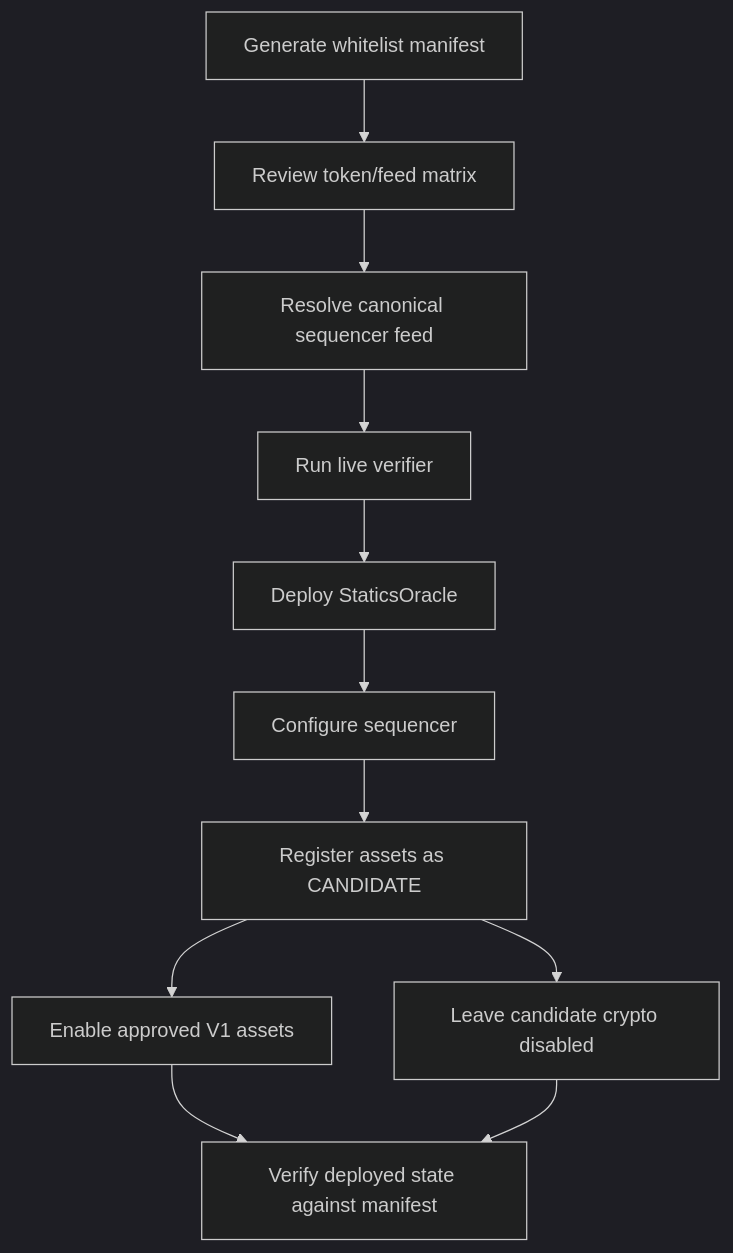
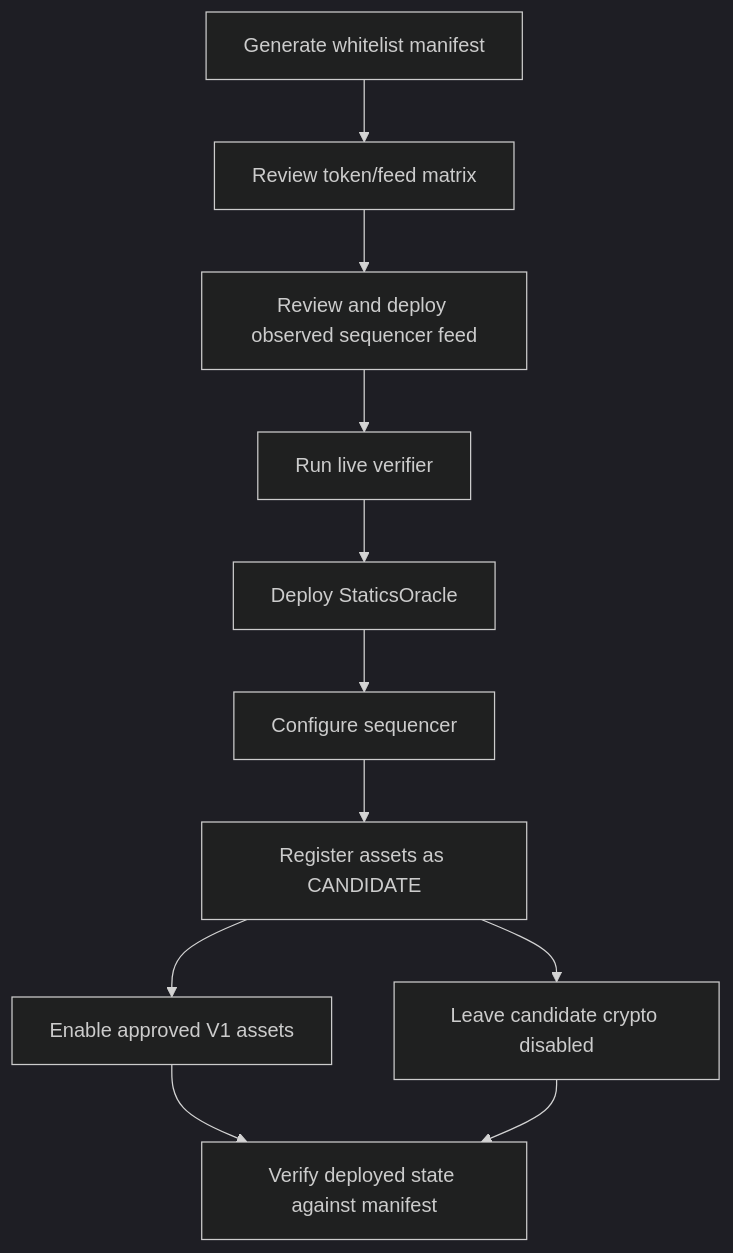
The fourth of 4 diagrams in specs/design.md (EqualFiLabs/statics-oracle), drawn with Mermaid (dark theme) before and after one commit. The commit also changed other lines of this file and 21 other files, not shown here.

Commit message:
feat: add multi-node sequencer signal services

````diff
--- a/specs/design.md
+++ b/specs/design.md
@@ -1242,24 +1251,24 @@
 ```mermaid
 flowchart TD
     A[Generate whitelist manifest]
     B[Review token/feed matrix]
-    C[Resolve canonical sequencer feed]
+    C[Review and deploy observed sequencer feed]
     D[Run live verifier]
     E[Deploy StaticsOracle]
     F[Configure sequencer]
     G[Register assets as CANDIDATE]
     H[Enable approved V1 assets]
     I[Leave candidate crypto disabled]
     J[Verify deployed state against manifest]
 
     A --> B
     B --> C
     C --> D
     D --> E
     E --> F
     F --> G
     G --> H
     G --> I
     H --> J
     I --> J
 ```
````
